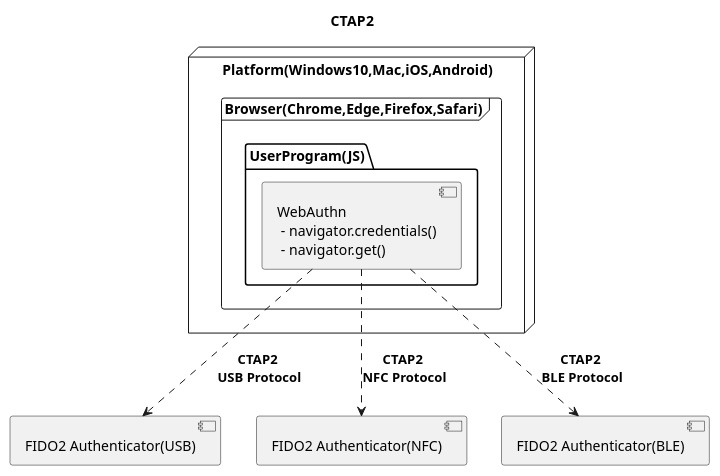
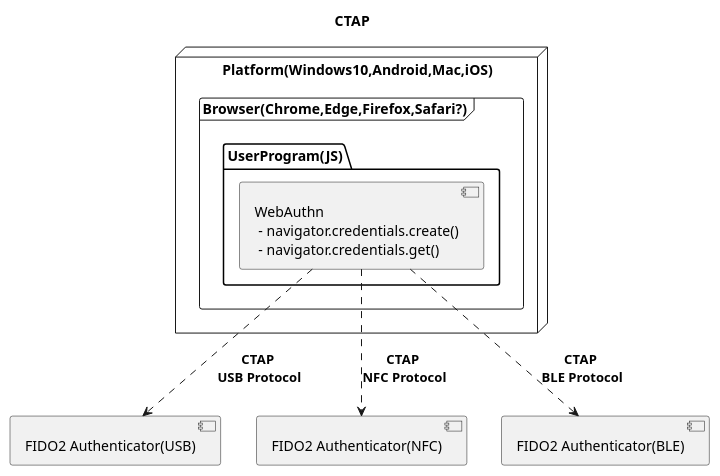
Before and after one commit to gebogebogebo/CTAPSignin: the diagram in pu/CTAP2.pu, drawn with PlantUML. The commit also changed 2 other files, not shown here.

```diff
--- a/pu/CTAP2.pu
+++ b/pu/CTAP2.pu
@@ -1,20 +1,20 @@
 @startuml
-title CTAP2
+title CTAP
 
-node "Platform(Windows10,Mac,iOS,Android)" {
-    frame "Browser(Chrome,Edge,Firefox,Safari)" {
+node "Platform(Windows10,Android,Mac,iOS)" {
+    frame "Browser(Chrome,Edge,Firefox,Safari?)" {
         package "UserProgram(JS)" {
-            component "WebAuthn\n - navigator.credentials()\n - navigator.get()" as WebAuthn
+            component "WebAuthn\n - navigator.credentials.create()\n - navigator.credentials.get()" as WebAuthn
         }
     }
 }   
 
 component "FIDO2 Authenticator(USB)" as FIDOKeyUSB
 component "FIDO2 Authenticator(NFC)" as FIDOKeyNFC
 component "FIDO2 Authenticator(BLE)" as FIDOKeyBLE
 
-WebAuthn ..> FIDOKeyUSB:**CTAP2** \n**USB Protocol**
-WebAuthn ..> FIDOKeyNFC:**CTAP2** \n**NFC Protocol**
-WebAuthn ..> FIDOKeyBLE:**CTAP2** \n**BLE Protocol**
+WebAuthn ..> FIDOKeyUSB:**CTAP** \n**USB Protocol**
+WebAuthn ..> FIDOKeyNFC:**CTAP** \n**NFC Protocol**
+WebAuthn ..> FIDOKeyBLE:**CTAP** \n**BLE Protocol**
 
 @enduml
```
